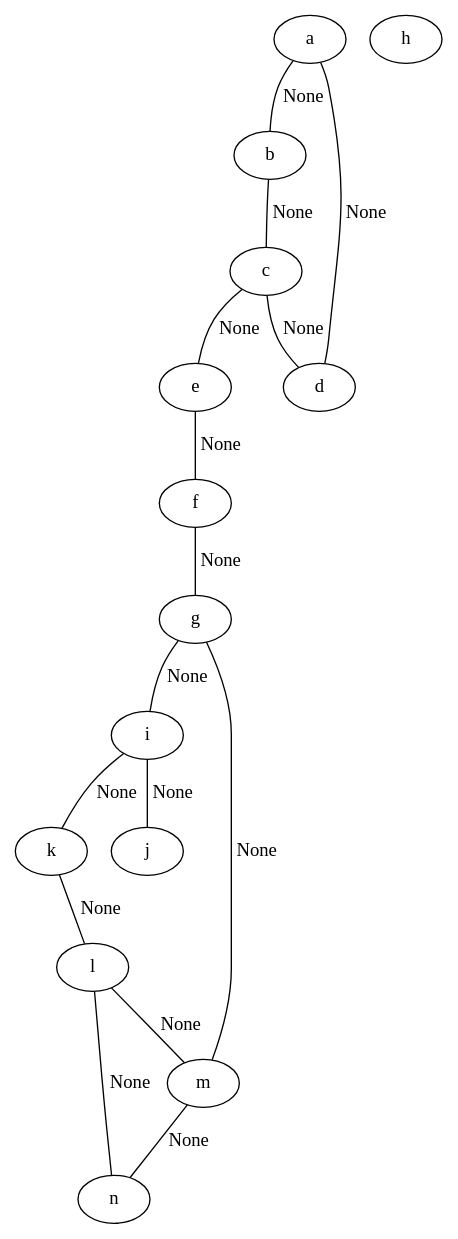
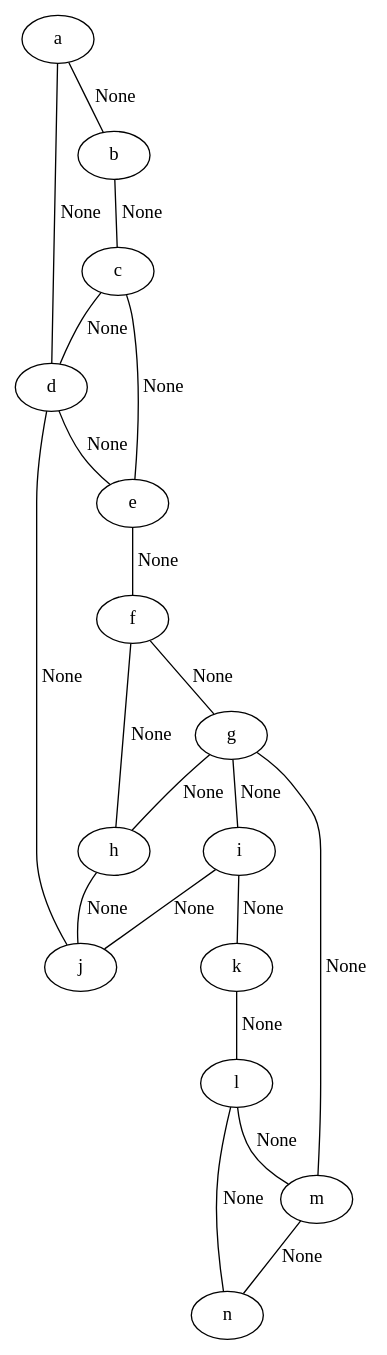
One commit to FlorentSimonnot/S6 changed the diagram in Graphes/Projet/res.dot. Above: the diagram before and after it, drawn with Graphviz. The commit also changed 11 other files, not shown here.

Commit message:
Graphes/Projet:

```diff
--- a/Graphes/Projet/res.dot
+++ b/Graphes/Projet/res.dot
@@ -1,31 +1,36 @@
 graph graphe { 
 	a;
 	b;
 	c;
 	d;
 	e;
 	f;
 	g;
 	h;
 	i;
 	j;
 	k;
 	l;
 	m;
 	n;
 	a -- b [label=None] ;
 	a -- d [label=None] ;
 	b -- c [label=None] ;
 	c -- d [label=None] ;
 	c -- e [label=None] ;
+	d -- e [label=None] ;
+	d -- j [label=None] ;
 	e -- f [label=None] ;
 	f -- g [label=None] ;
+	f -- h [label=None] ;
+	g -- h [label=None] ;
 	g -- i [label=None] ;
 	g -- m [label=None] ;
+	h -- j [label=None] ;
 	i -- j [label=None] ;
 	i -- k [label=None] ;
 	k -- l [label=None] ;
 	l -- m [label=None] ;
 	l -- n [label=None] ;
 	m -- n [label=None] ;
 }
```
